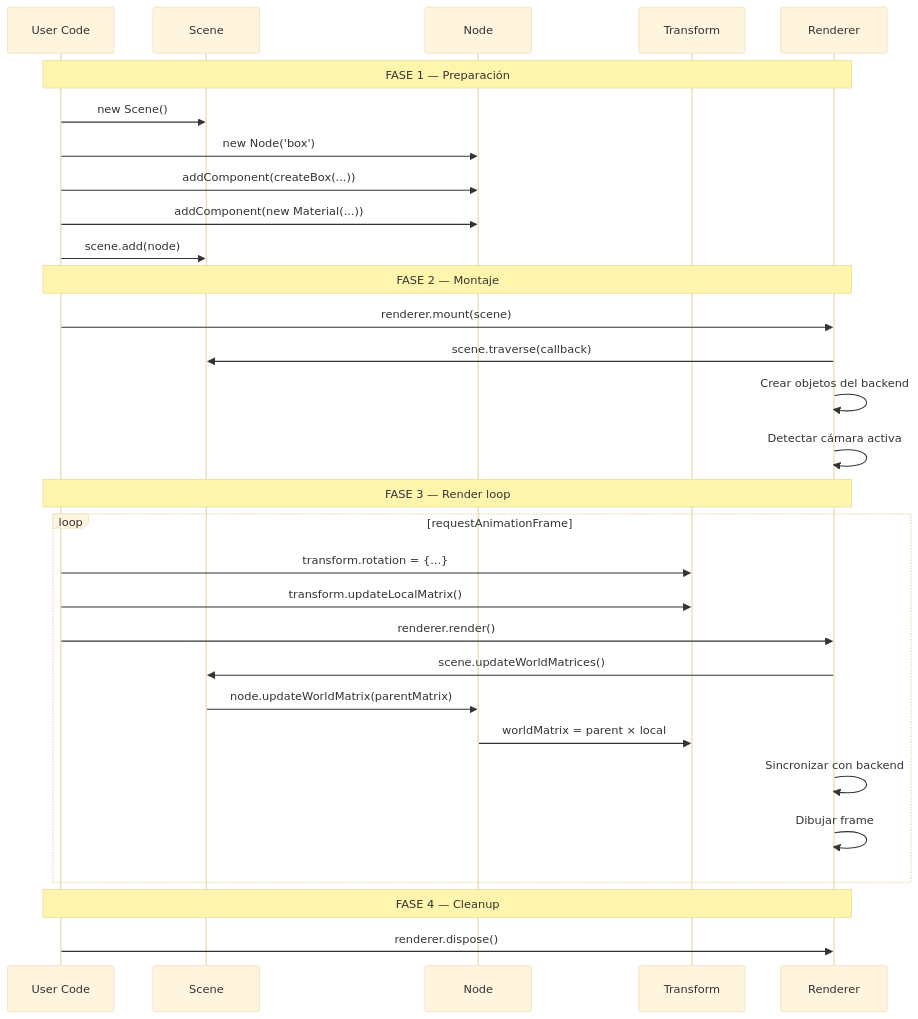
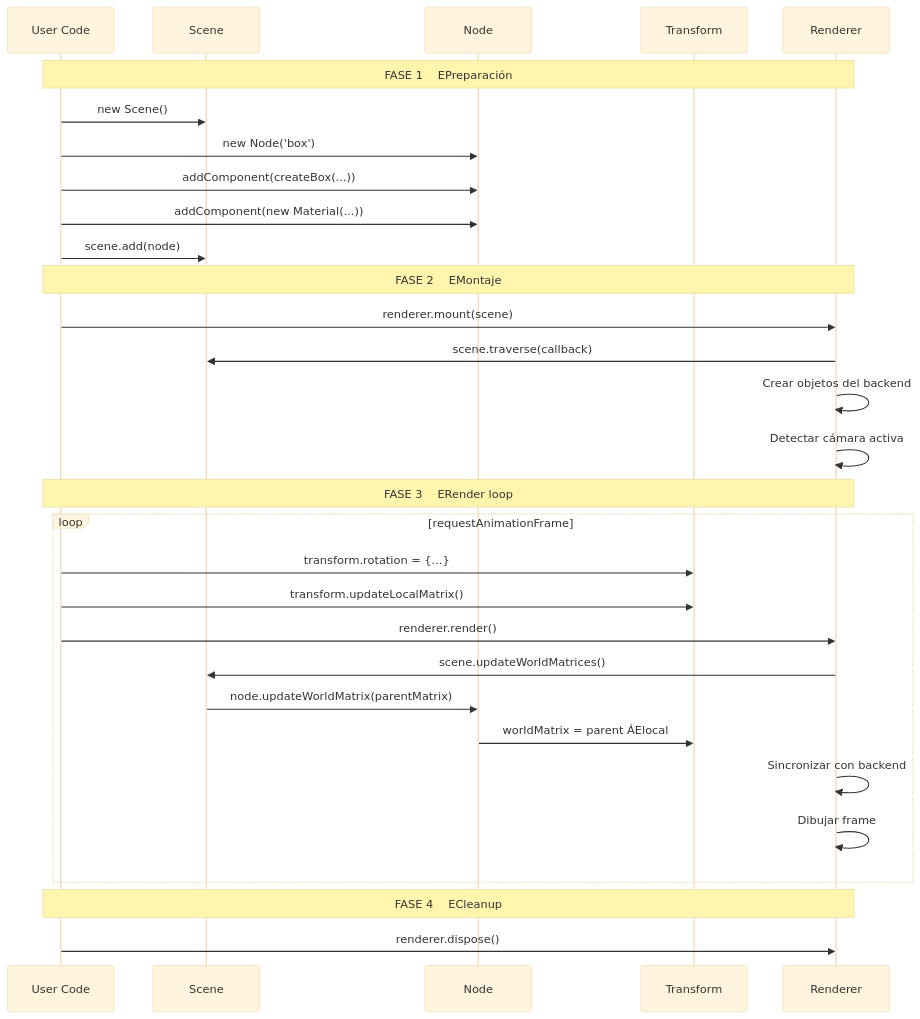
One commit to joshuacba08/oroya-animate changed the fourth of 5 diagrams in apps/web/src/content/docs/architecture.md. Above: the diagram before and after it, drawn with Mermaid (base theme). The commit also changed other lines of this file and 113 other files, not shown here.

````diff
--- a/apps/web/src/content/docs/architecture.md
+++ b/apps/web/src/content/docs/architecture.md
@@ -132,36 +132,36 @@
 ```mermaid
 sequenceDiagram
     participant U as User Code
     participant S as Scene
     participant N as Node
     participant T as Transform
     participant R as Renderer
 
-    Note over U,R: FASE 1 — Preparación
+    Note over U,R: FASE 1  EPreparación
     U->>S: new Scene()
     U->>N: new Node('box')
     U->>N: addComponent(createBox(...))
     U->>N: addComponent(new Material(...))
     U->>S: scene.add(node)
 
-    Note over U,R: FASE 2 — Montaje
+    Note over U,R: FASE 2  EMontaje
     U->>R: renderer.mount(scene)
     R->>S: scene.traverse(callback)
     R->>R: Crear objetos del backend
     R->>R: Detectar cámara activa
 
-    Note over U,R: FASE 3 — Render loop
+    Note over U,R: FASE 3  ERender loop
     loop requestAnimationFrame
         U->>T: transform.rotation = {...}
         U->>T: transform.updateLocalMatrix()
         U->>R: renderer.render()
         R->>S: scene.updateWorldMatrices()
         S->>N: node.updateWorldMatrix(parentMatrix)
-        N->>T: worldMatrix = parent × local
+        N->>T: worldMatrix = parent ÁElocal
         R->>R: Sincronizar con backend
         R->>R: Dibujar frame
     end
 
-    Note over U,R: FASE 4 — Cleanup
+    Note over U,R: FASE 4  ECleanup
     U->>R: renderer.dispose()
 ```
````
